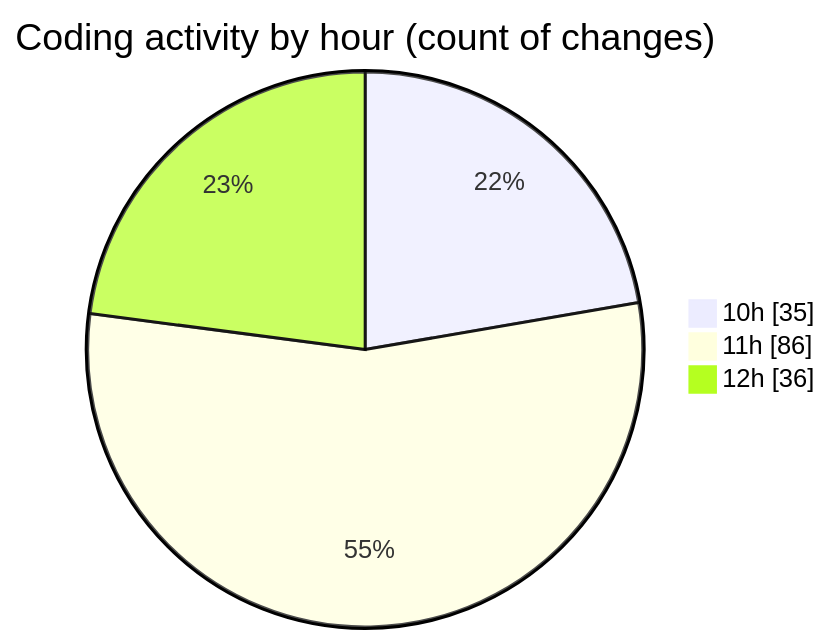
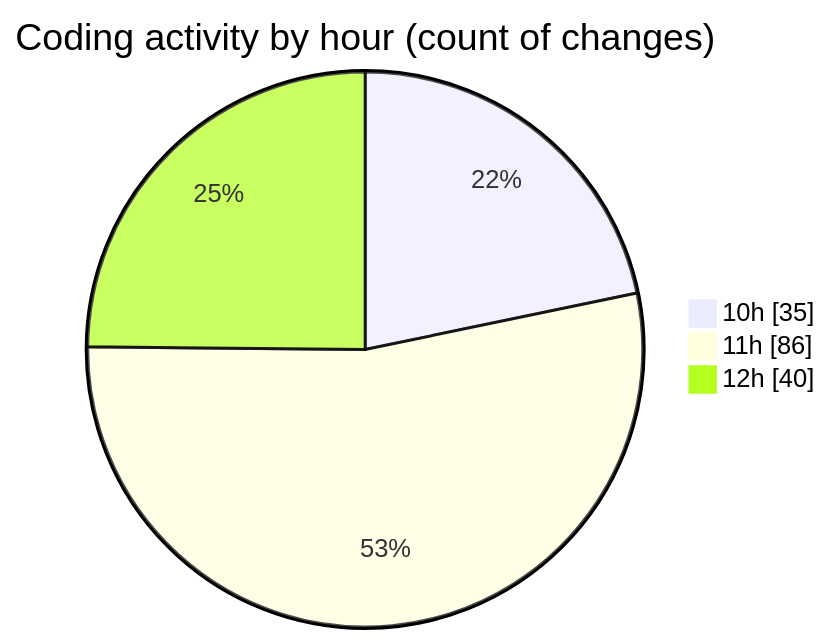
One commit to momahboobian/code-tracking changed the second of 2 diagrams in 2025-03-28/cda/README.md. Above: the diagram before and after it, drawn with Mermaid. The commit also changed other lines of this file and 1 other file, not shown here.

````diff
--- a/2025-03-28/cda/README.md
+++ b/2025-03-28/cda/README.md
@@ -32,7 +32,7 @@
 ```mermaid
 pie showData
 title Coding activity by hour (count of changes)
 "10h" : 35
 "11h" : 86
-"12h" : 36
+"12h" : 40
 ```
````
